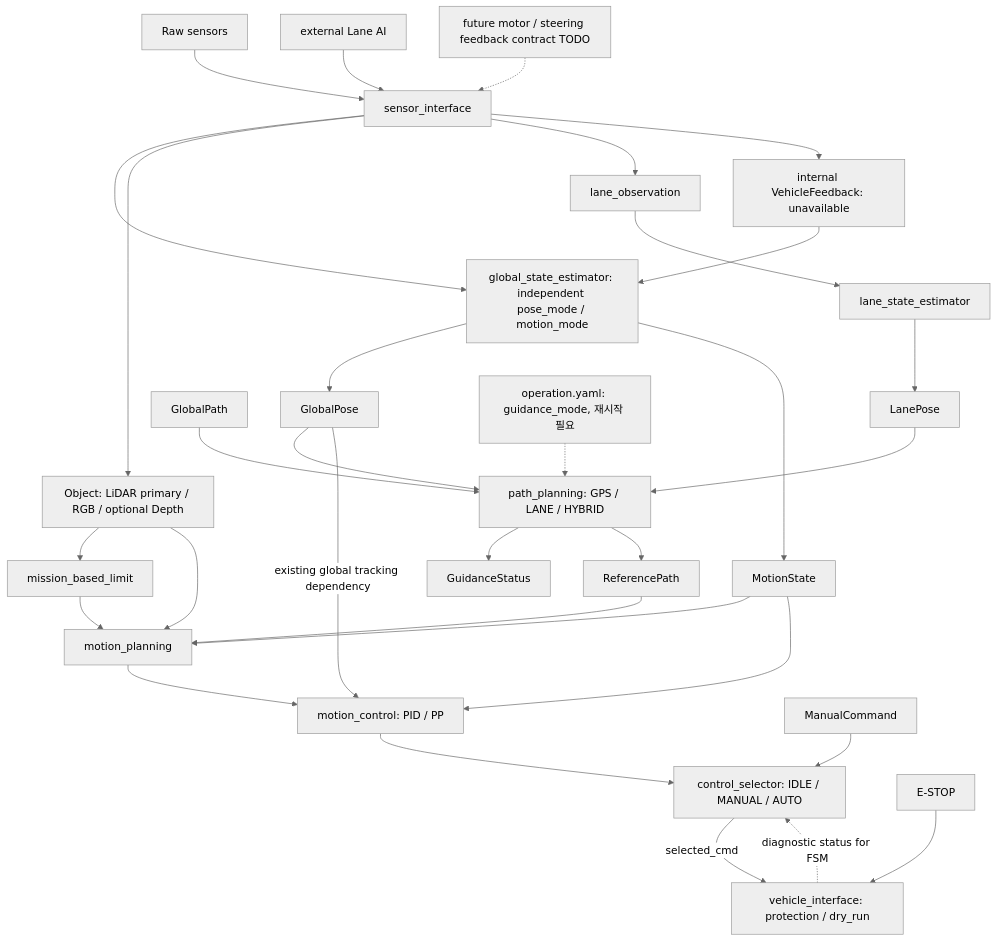
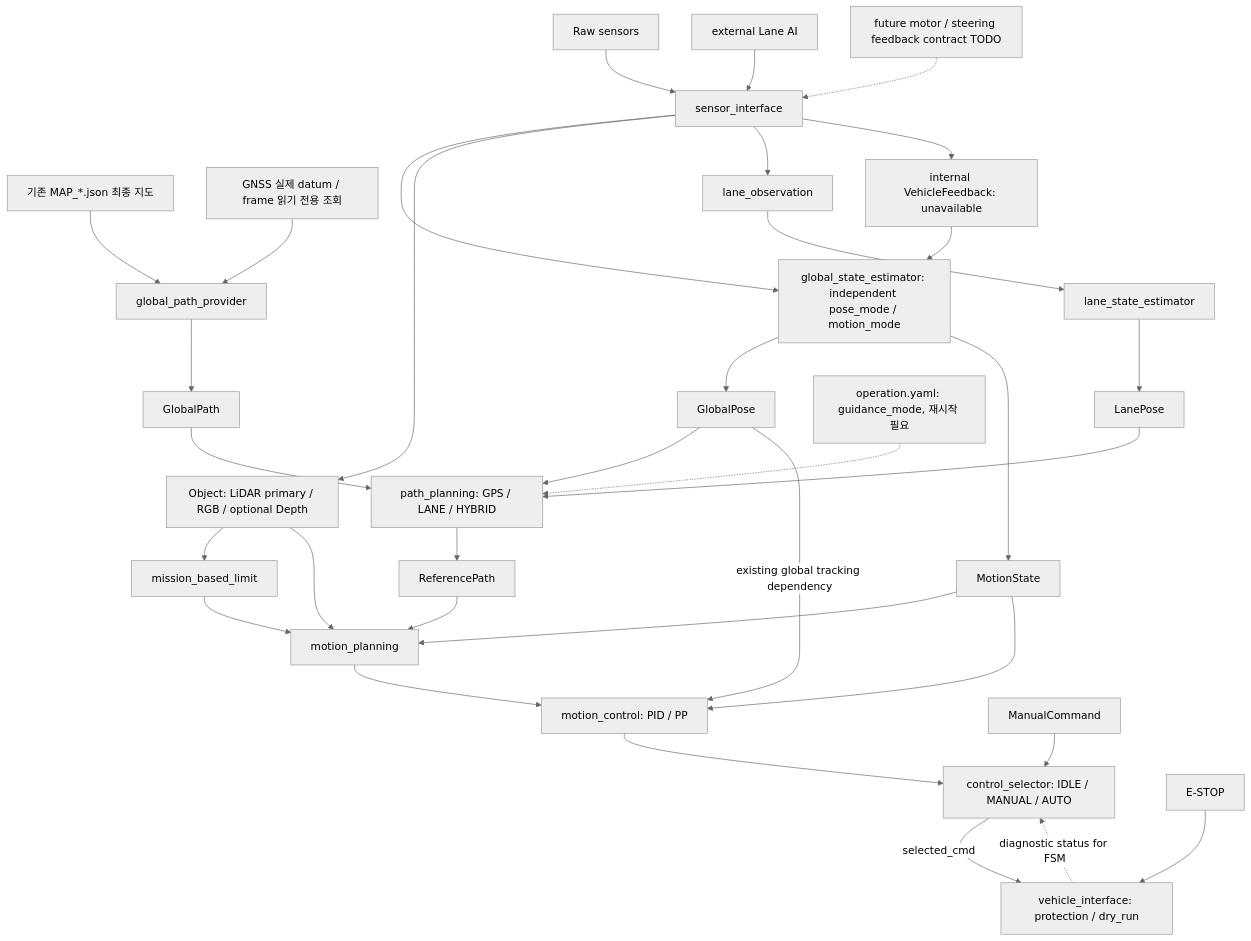
The second of 4 diagrams in doc/guidance_modes.md (planta223/control_manager), drawn with Mermaid (neutral theme) before and after one commit. The commit also changed other lines of this file and 23 other files, not shown here.

Commit message:
path planning 발행토픽 삭제 및 map 경로 명시

````diff
--- a/doc/guidance_modes.md
+++ b/doc/guidance_modes.md
@@ -39,34 +39,36 @@
 ```mermaid
 flowchart TD
   S[Raw sensors] --> SI[sensor_interface]
   SI --> E[global_state_estimator: independent pose_mode / motion_mode]
   E --> GP[GlobalPose]
   E --> MS[MotionState]
   SI --> O[Object: LiDAR primary / RGB / optional Depth]
   GP --> P[path_planning: GPS / LANE / HYBRID]
   G[GlobalPath] --> P
+  F[기존 MAP_*.json 최종 지도] --> FP[global_path_provider]
+  D[GNSS 실제 datum / frame 읽기 전용 조회] --> FP
+  FP --> G
   L[external Lane AI] --> SI
   SI --> LO[lane_observation]
   LO --> LE[lane_state_estimator]
   LE --> LS[LanePose]
   LS --> P
   FB[future motor / steering feedback contract TODO] -.-> SI
   SI --> VF[internal VehicleFeedback: unavailable]
   VF --> E
   QG[operation.yaml: guidance_mode, 재시작 필요] -.-> P
-  P --> GS[GuidanceStatus]
   P --> RP[ReferencePath]
   RP --> MP[motion_planning]
   MS --> MP
   O --> M[mission_based_limit]
   O --> MP
   M --> MP
   MP --> MC[motion_control: PID / PP]
   MS --> MC
   GP -->|existing global tracking dependency| MC
   MC --> CM[control_selector: IDLE / MANUAL / AUTO]
   U[ManualCommand] --> CM
   CM -->|selected_cmd| VI[vehicle_interface: protection / dry_run]
   ES[E-STOP] --> VI
   VI -.->|diagnostic status for FSM| CM
 ```
````
